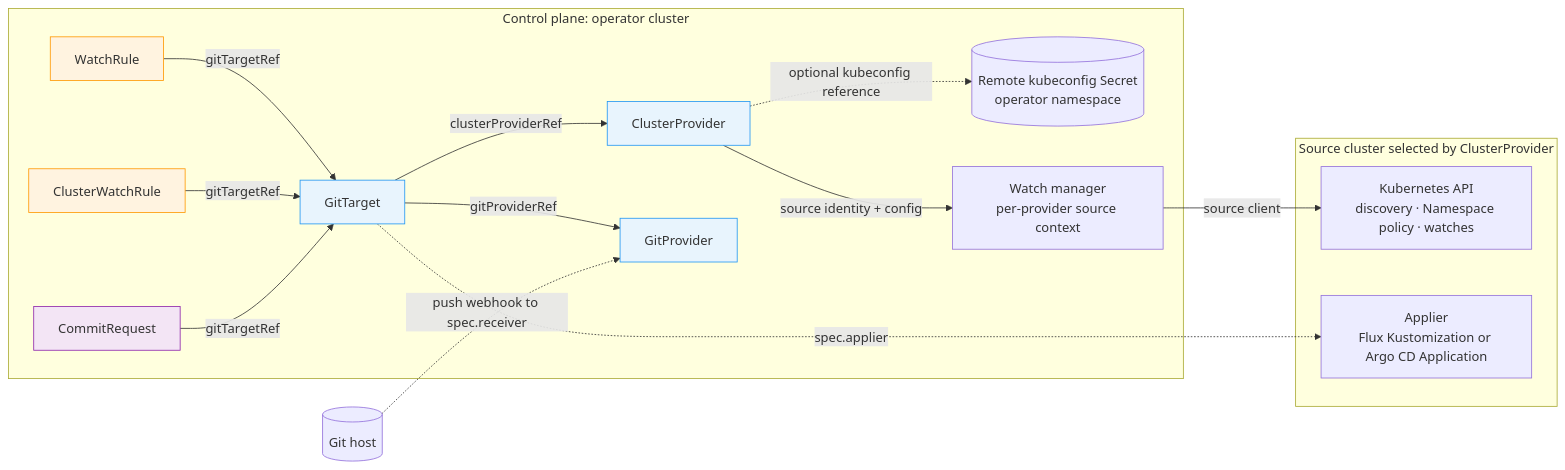
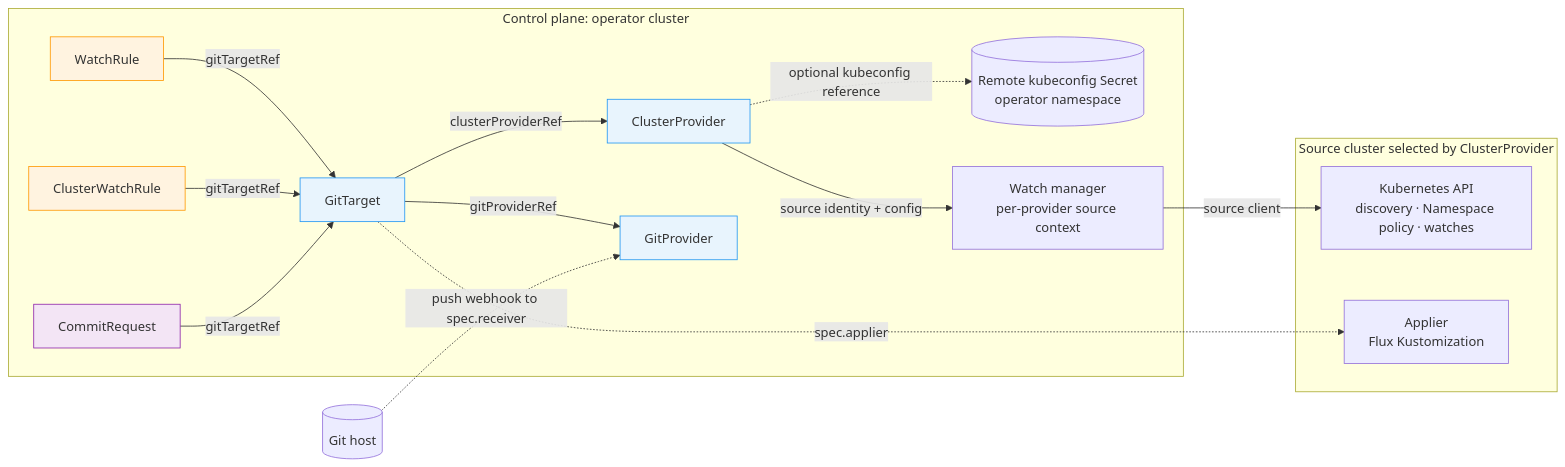
Before and after one commit to ConfigButler/gitops-reverser: the first of 6 diagrams in docs/architecture.md, drawn with Mermaid. The commit also changed other lines of this file and 67 other files, not shown here.

````diff
--- a/docs/architecture.md
+++ b/docs/architecture.md
@@ -253,32 +252,32 @@
 ```mermaid
 graph LR
     subgraph CONTROL["Control plane: operator cluster"]
         WR[WatchRule] -->|gitTargetRef| GT[GitTarget]
         CWR[ClusterWatchRule] -->|gitTargetRef| GT
         CR[CommitRequest] -->|gitTargetRef| GT
         GT -->|clusterProviderRef| CP[ClusterProvider]
         GT -->|gitProviderRef| GP[GitProvider]
         KCFG[("Remote kubeconfig Secret\noperator namespace")]
         WM["Watch manager\nper-provider source context"]
     end
 
     subgraph SOURCE["Source cluster selected by ClusterProvider"]
         API["Kubernetes API\ndiscovery · Namespace policy · watches"]
-        APPLIER["Applier\nFlux Kustomization or Argo CD Application"]
+        APPLIER["Applier\nFlux Kustomization"]
     end
 
     HOST[("Git host")]
 
     CP -. "optional kubeconfig reference" .-> KCFG
     CP -->|"source identity + config"| WM
     WM -->|"source client"| API
     GT -. "spec.applier" .-> APPLIER
     HOST -. "push webhook to spec.receiver" .-> GP
 
     style GP fill:#e8f4fd,stroke:#2196f3
     style CP fill:#e8f4fd,stroke:#2196f3
     style GT fill:#e8f4fd,stroke:#2196f3
     style WR fill:#fff3e0,stroke:#ff9800
     style CWR fill:#fff3e0,stroke:#ff9800
     style CR fill:#f3e5f5,stroke:#8e24aa
 ```
````
